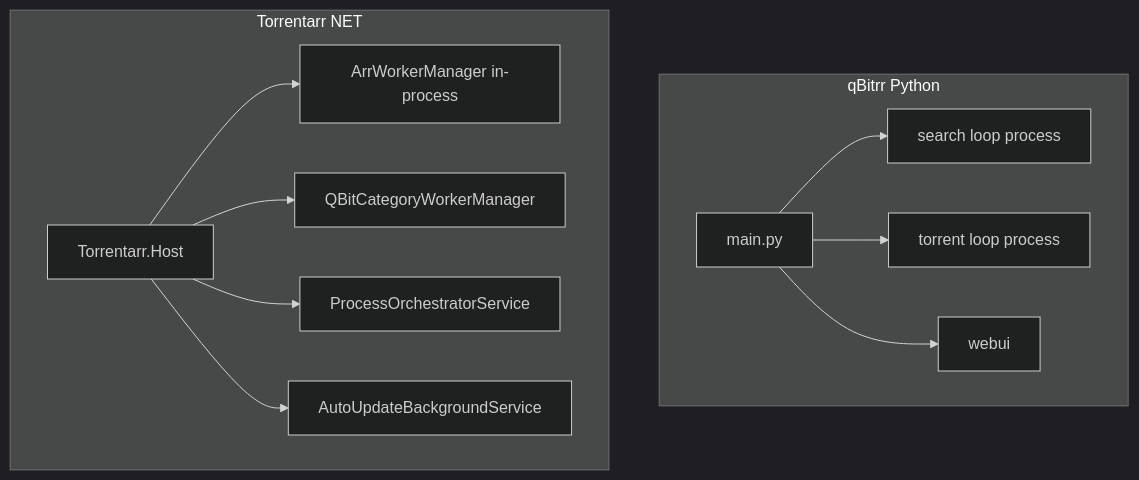
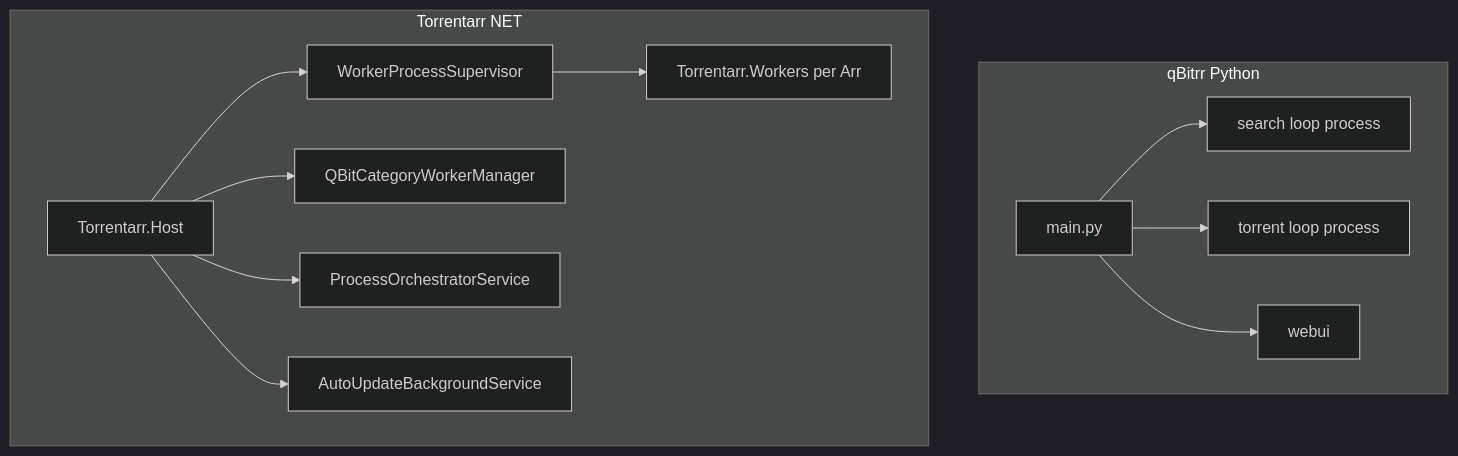
The first of 2 diagrams in docs/parity/full-parity-path-report.md (Feramance/Torrentarr), drawn with Mermaid (dark theme) before and after one commit. The commit also changed other lines of this file and 36 other files, not shown here.

````diff
--- a/docs/parity/full-parity-path-report.md
+++ b/docs/parity/full-parity-path-report.md
@@ -42,23 +51,24 @@
 ```mermaid
 flowchart TB
   subgraph qBitrr [qBitrr Python]
     MainPy[main.py]
     SearchProc[search loop process]
     TorrentProc[torrent loop process]
     WebPy[webui]
     MainPy --> SearchProc
     MainPy --> TorrentProc
     MainPy --> WebPy
   end
   subgraph torrentarr [Torrentarr NET]
     Host[Torrentarr.Host]
-    ArrWM[ArrWorkerManager in-process]
+    ArrWM[WorkerProcessSupervisor]
     QBitWM[QBitCategoryWorkerManager]
     Policy[ProcessOrchestratorService]
     AutoUp[AutoUpdateBackgroundService]
     Host --> ArrWM
+    ArrWM --> Workers[Torrentarr.Workers per Arr]
     Host --> QBitWM
     Host --> Policy
     Host --> AutoUp
   end
 ```
````
